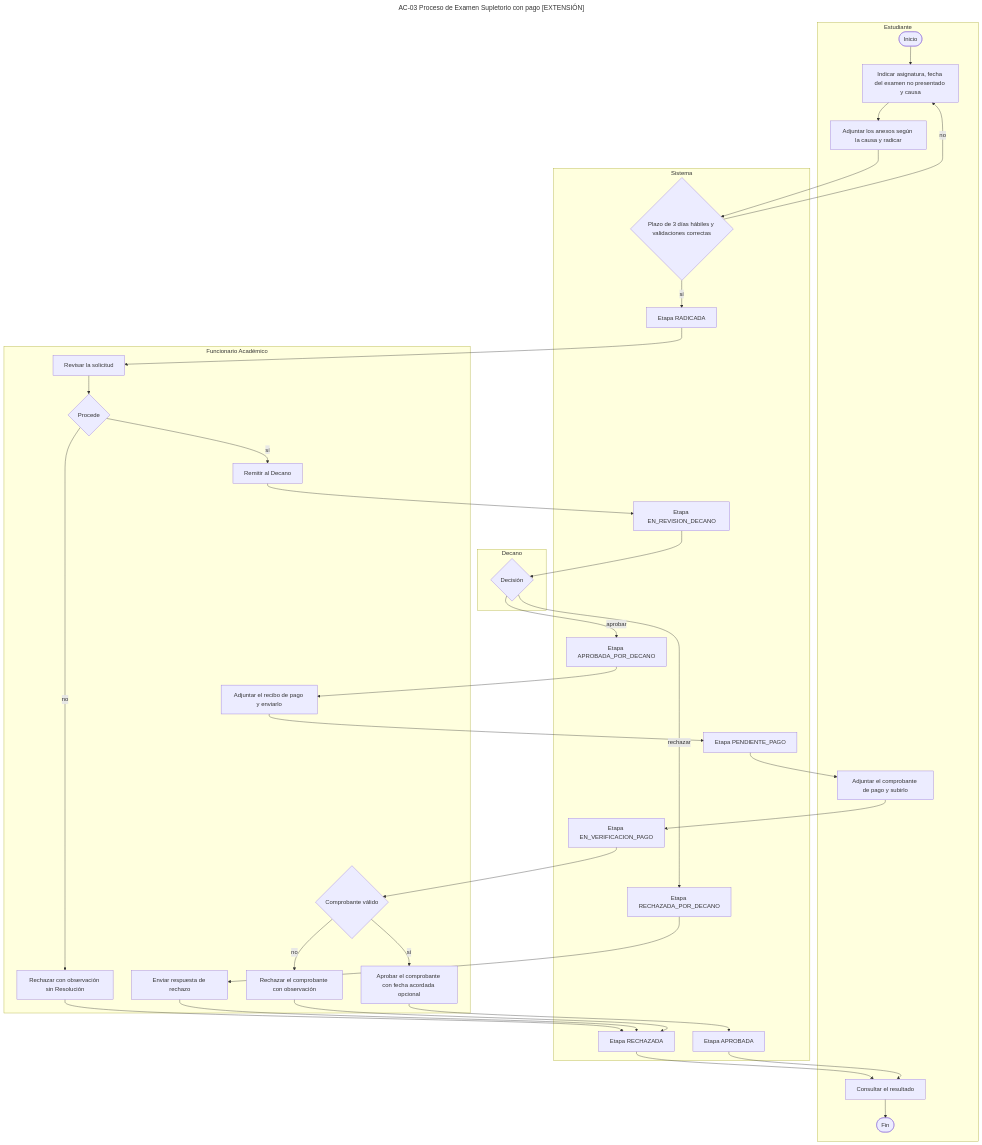
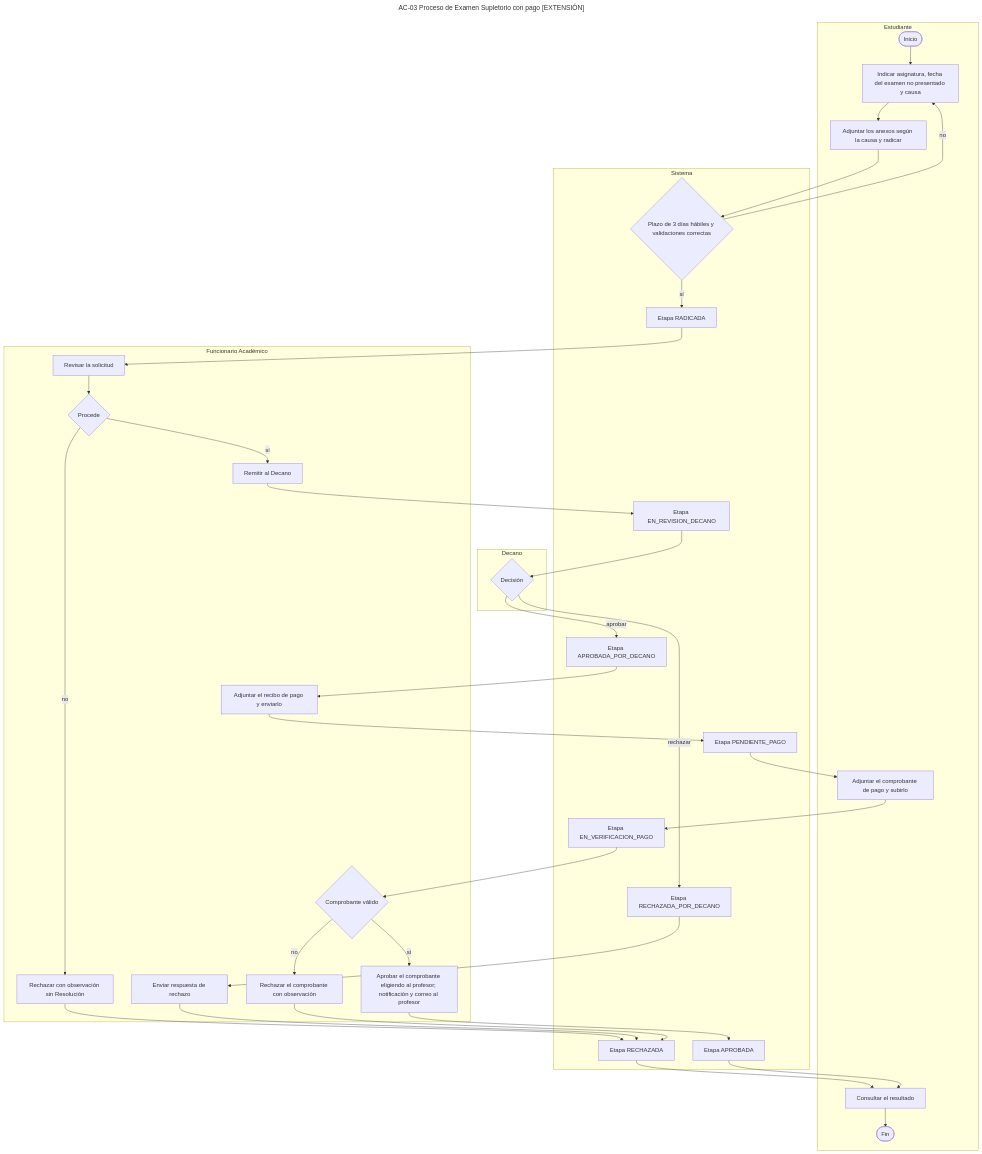
One commit to CamiloBonilla1226/Gestion-Procesos-Academicos-FIET changed diagram 34 of 42 in docs/analisis/13-diagramas-fuente.md. Above: the diagram before and after it, drawn with Mermaid. The commit also changed other lines of this file and 105 other files, not shown here.

````diff
--- a/docs/analisis/13-diagramas-fuente.md
+++ b/docs/analisis/13-diagramas-fuente.md
@@ -2157,49 +2164,49 @@
 ```mermaid
 ---
 title: AC-03 Proceso de Examen Supletorio con pago [EXTENSIÓN]
 ---
 flowchart TB
     subgraph EST["Estudiante"]
         E1(["Inicio"])
         E2["Indicar asignatura, fecha del examen no presentado y causa"]
         E3["Adjuntar los anexos según la causa y radicar"]
         E4["Adjuntar el comprobante de pago y subirlo"]
         E5["Consultar el resultado"]
         E6(["Fin"])
     end
     subgraph SIS["Sistema"]
         S1{"Plazo de 3 días hábiles y validaciones correctas"}
         S2["Etapa RADICADA"]
         S3["Etapa EN_REVISION_DECANO"]
         S4["Etapa RECHAZADA_POR_DECANO"]
         S5["Etapa APROBADA_POR_DECANO"]
         S6["Etapa PENDIENTE_PAGO"]
         S7["Etapa EN_VERIFICACION_PAGO"]
         S8["Etapa APROBADA"]
         S9["Etapa RECHAZADA"]
     end
     subgraph FUN["Funcionario Académico"]
         F1["Revisar la solicitud"]
         F2{"Procede"}
         F3["Rechazar con observación sin Resolución"]
         F4["Remitir al Decano"]
         F5["Enviar respuesta de rechazo"]
         F6["Adjuntar el recibo de pago y enviarlo"]
         F7{"Comprobante válido"}
-        F8["Aprobar el comprobante con fecha acordada opcional"]
+        F8["Aprobar el comprobante eligiendo al profesor; notificación y correo al profesor"]
         F9["Rechazar el comprobante con observación"]
     end
     subgraph DEC["Decano"]
         D1{"Decisión"}
     end
     E1 --> E2 --> E3 --> S1
     S1 -->|no| E2
     S1 -->|sí| S2 --> F1 --> F2
     F2 -->|no| F3 --> S9 --> E5
     F2 -->|sí| F4 --> S3 --> D1
     D1 -->|rechazar| S4 --> F5 --> S9
     D1 -->|aprobar| S5 --> F6 --> S6 --> E4 --> S7 --> F7
     F7 -->|sí| F8 --> S8 --> E5
     F7 -->|no| F9 --> S9
     E5 --> E6
 ```
````
